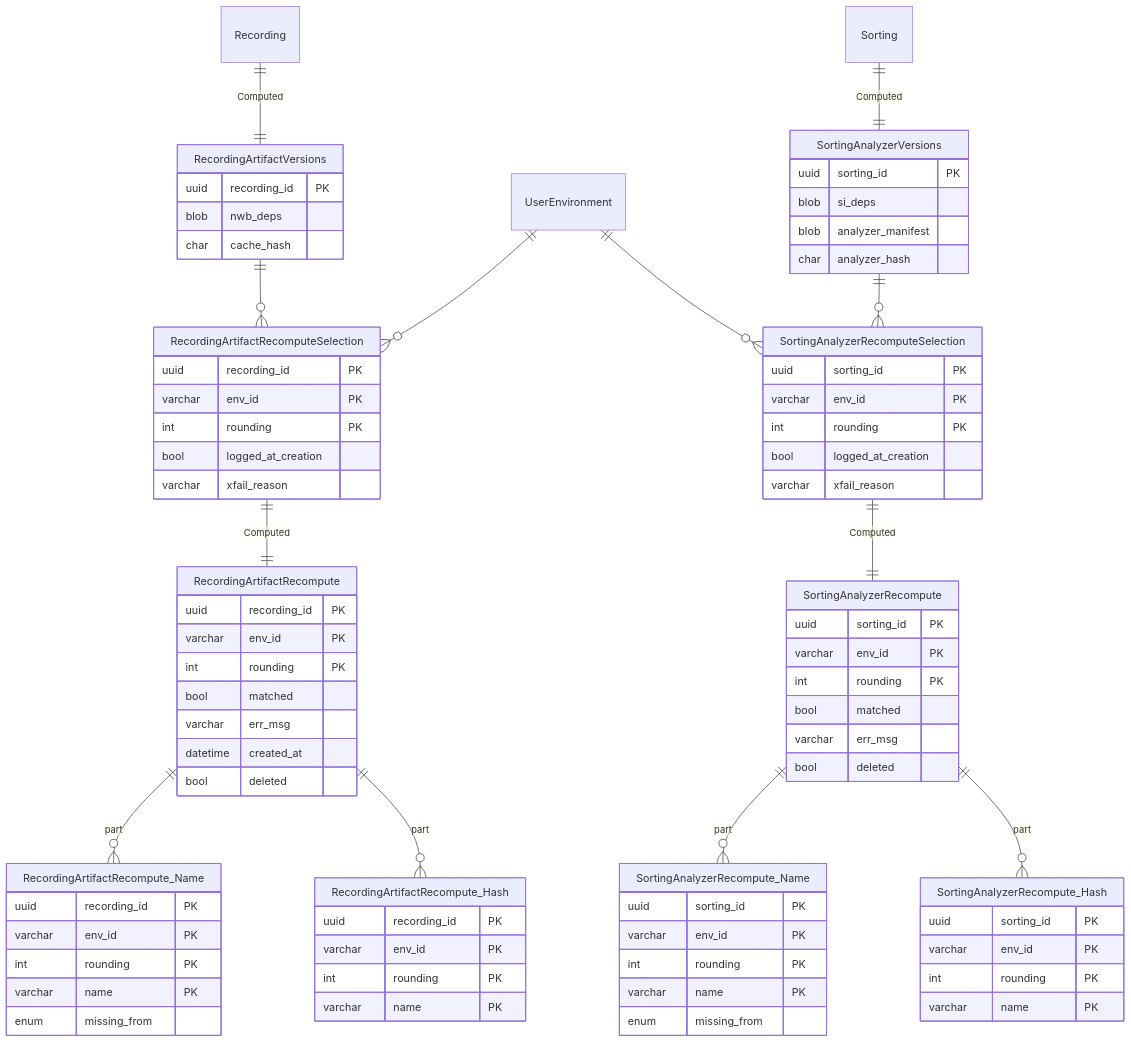
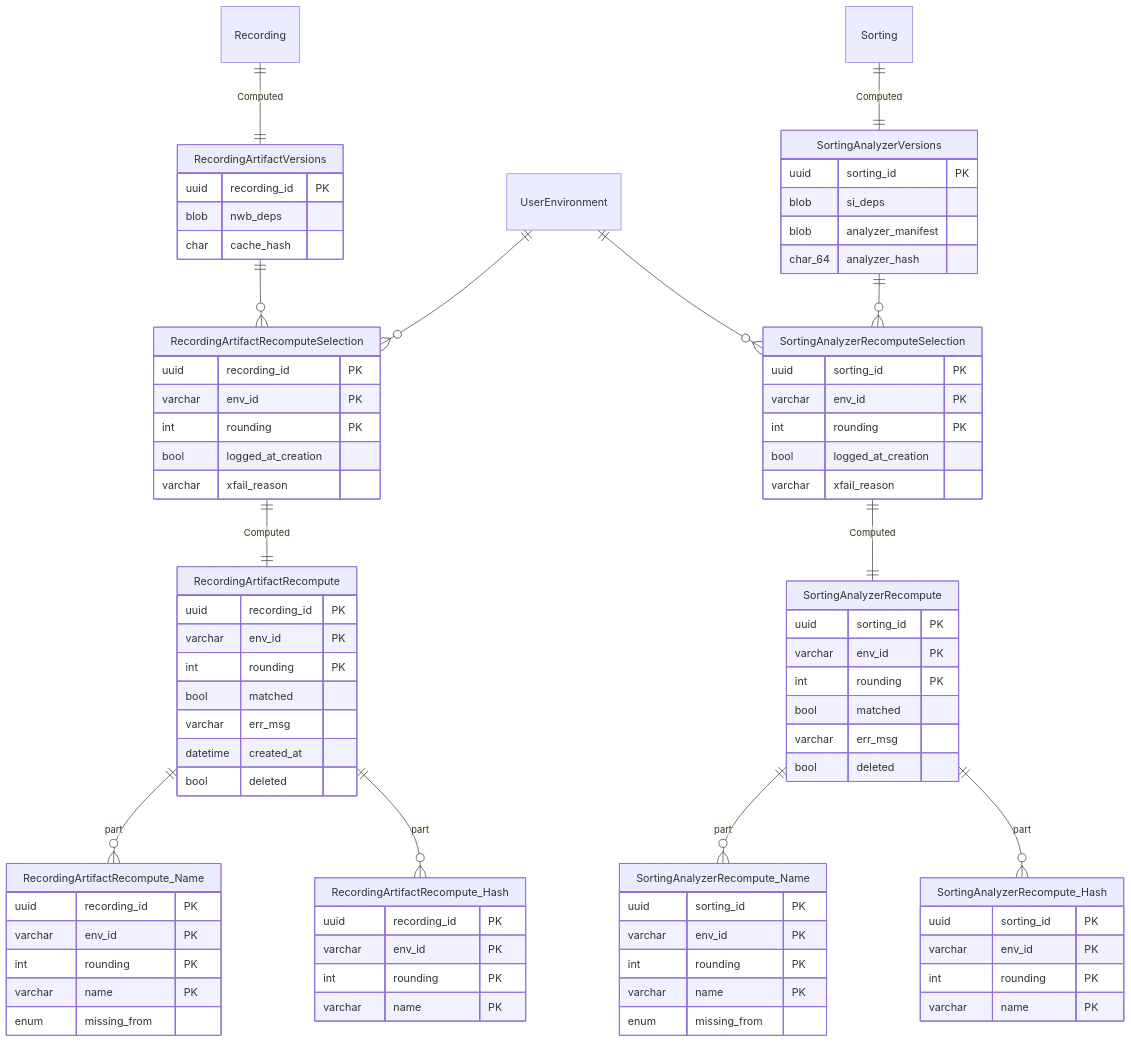
One commit to LorenFrankLab/spyglass changed the second of 3 diagrams in .claude/docs/plans/spikesorting-v2/diagrams/02-phase-2.md. Above: the diagram before and after it, drawn with Mermaid. The commit also changed 10 other files, not shown here.

```diff
--- a/.claude/docs/plans/spikesorting-v2/diagrams/02-phase-2.md
+++ b/.claude/docs/plans/spikesorting-v2/diagrams/02-phase-2.md
@@ -129,7 +129,7 @@
         uuid sorting_id PK
         blob si_deps
         blob analyzer_manifest
-        char analyzer_hash
+        char_64 analyzer_hash
     }
     SortingAnalyzerRecomputeSelection {
         uuid sorting_id PK
```
